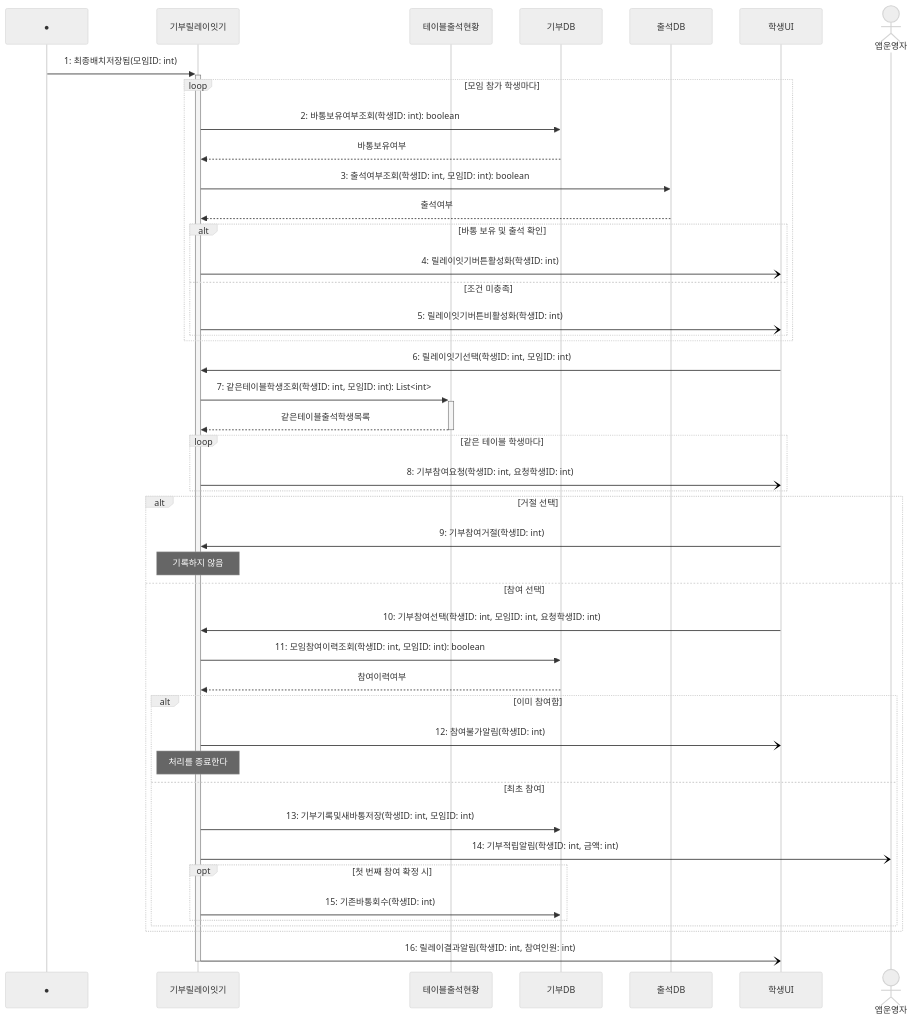
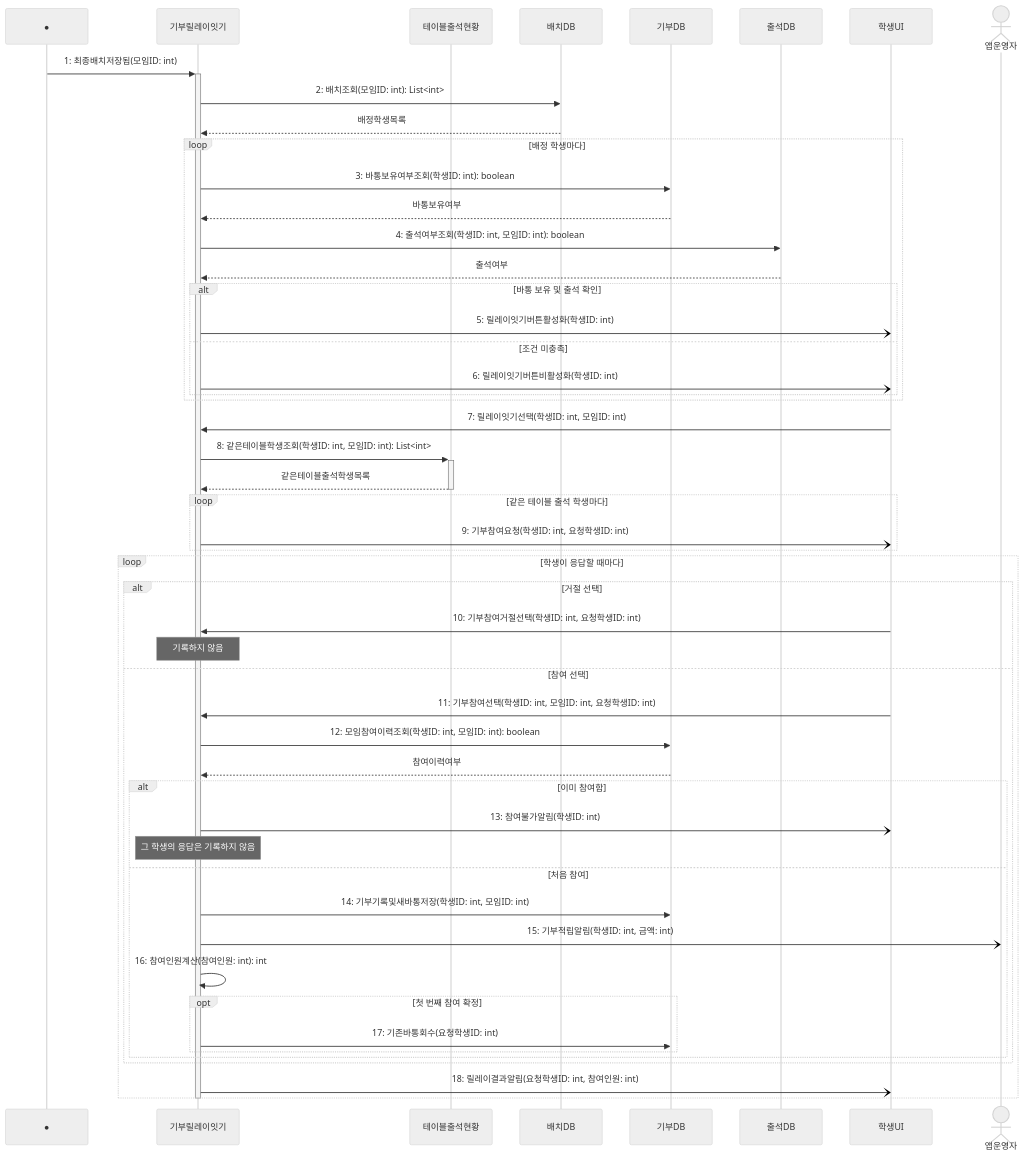
Before and after one commit to hojae3/sw-engineering-16: the diagram in sequence/seq-16.md, drawn with Mermaid (neutral theme). The commit also changed other lines of this file and 29 other files, not shown here.

````diff
--- a/sequence/seq-16.md
+++ b/sequence/seq-16.md
@@ -25,51 +26,57 @@
 ```mermaid
 sequenceDiagram
     participant Found as ●
     participant 릴레이 as 기부릴레이잇기
     participant 현황 as 테이블출석현황
+    participant 배치DB as 배치DB
     participant 기부DB as 기부DB
     participant 출석DB as 출석DB
     participant 학생UI as 학생UI
     actor 앱운영자
 
     Found->>+릴레이: 1: 최종배치저장됨(모임ID: int)
-    loop 모임 참가 학생마다
-        릴레이->>기부DB: 2: 바통보유여부조회(학생ID: int): boolean
+    릴레이->>배치DB: 2: 배치조회(모임ID: int): List<int>
+    배치DB-->>릴레이: 배정학생목록
+    loop 배정 학생마다
+        릴레이->>기부DB: 3: 바통보유여부조회(학생ID: int): boolean
         기부DB-->>릴레이: 바통보유여부
-        릴레이->>출석DB: 3: 출석여부조회(학생ID: int, 모임ID: int): boolean
+        릴레이->>출석DB: 4: 출석여부조회(학생ID: int, 모임ID: int): boolean
         출석DB-->>릴레이: 출석여부
         alt 바통 보유 및 출석 확인
-            릴레이-)학생UI: 4: 릴레이잇기버튼활성화(학생ID: int)
+            릴레이-)학생UI: 5: 릴레이잇기버튼활성화(학생ID: int)
         else 조건 미충족
-            릴레이-)학생UI: 5: 릴레이잇기버튼비활성화(학생ID: int)
+            릴레이-)학생UI: 6: 릴레이잇기버튼비활성화(학생ID: int)
         end
     end
 
-    학생UI->>릴레이: 6: 릴레이잇기선택(학생ID: int, 모임ID: int)
-    릴레이->>+현황: 7: 같은테이블학생조회(학생ID: int, 모임ID: int): List<int>
+    학생UI->>릴레이: 7: 릴레이잇기선택(학생ID: int, 모임ID: int)
+    릴레이->>+현황: 8: 같은테이블학생조회(학생ID: int, 모임ID: int): List<int>
     현황-->>-릴레이: 같은테이블출석학생목록
-    loop 같은 테이블 학생마다
-        릴레이-)학생UI: 8: 기부참여요청(학생ID: int, 요청학생ID: int)
+    loop 같은 테이블 출석 학생마다
+        릴레이-)학생UI: 9: 기부참여요청(학생ID: int, 요청학생ID: int)
     end
 
-    alt 거절 선택
-        학생UI->>릴레이: 9: 기부참여거절(학생ID: int)
-        Note over 릴레이: 기록하지 않음
-    else 참여 선택
-        학생UI->>릴레이: 10: 기부참여선택(학생ID: int, 모임ID: int, 요청학생ID: int)
-        릴레이->>기부DB: 11: 모임참여이력조회(학생ID: int, 모임ID: int): boolean
-        기부DB-->>릴레이: 참여이력여부
-        alt 이미 참여함
-            릴레이-)학생UI: 12: 참여불가알림(학생ID: int)
-            Note over 릴레이: 처리를 종료한다
-        else 최초 참여
-            릴레이->>기부DB: 13: 기부기록및새바통저장(학생ID: int, 모임ID: int)
-            릴레이-)앱운영자: 14: 기부적립알림(학생ID: int, 금액: int)
-            opt 첫 번째 참여 확정 시
-                릴레이->>기부DB: 15: 기존바통회수(학생ID: int)
+    loop 학생이 응답할 때마다
+        alt 거절 선택
+            학생UI->>릴레이: 10: 기부참여거절선택(학생ID: int, 요청학생ID: int)
+            Note over 릴레이: 기록하지 않음
+        else 참여 선택
+            학생UI->>릴레이: 11: 기부참여선택(학생ID: int, 모임ID: int, 요청학생ID: int)
+            릴레이->>기부DB: 12: 모임참여이력조회(학생ID: int, 모임ID: int): boolean
+            기부DB-->>릴레이: 참여이력여부
+            alt 이미 참여함
+                릴레이-)학생UI: 13: 참여불가알림(학생ID: int)
+                Note over 릴레이: 그 학생의 응답은 기록하지 않음
+            else 처음 참여
+                릴레이->>기부DB: 14: 기부기록및새바통저장(학생ID: int, 모임ID: int)
+                릴레이-)앱운영자: 15: 기부적립알림(학생ID: int, 금액: int)
+                릴레이->>릴레이: 16: 참여인원계산(참여인원: int): int
+                opt 첫 번째 참여 확정
+                    릴레이->>기부DB: 17: 기존바통회수(요청학생ID: int)
+                end
             end
         end
+        릴레이-)학생UI: 18: 릴레이결과알림(요청학생ID: int, 참여인원: int)
     end
-    릴레이-)학생UI: 16: 릴레이결과알림(학생ID: int, 참여인원: int)
     deactivate 릴레이
 ```
````
